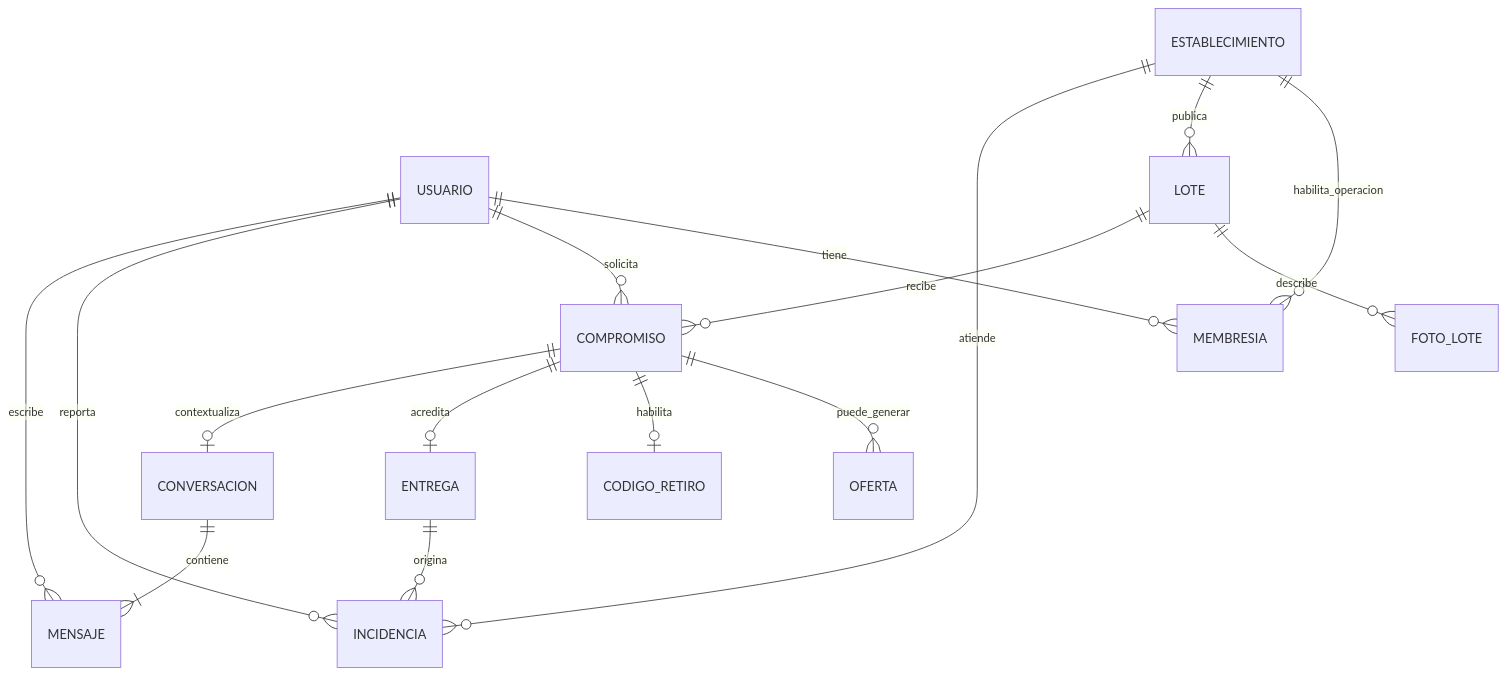
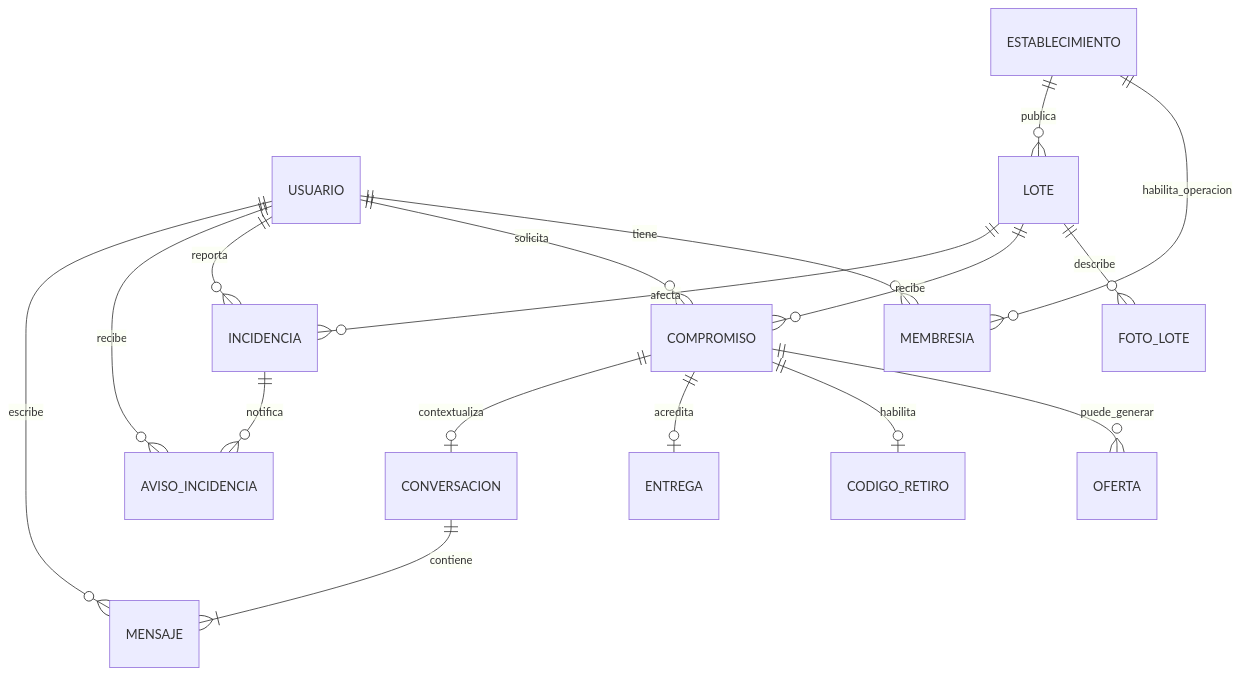
The second of 4 diagrams in docs/modelo-inicial.md (ClemoAcevedo/rescate), drawn with Mermaid before and after one commit. The commit also changed other lines of this file and 3 other files, not shown here.

````diff
--- a/docs/modelo-inicial.md
+++ b/docs/modelo-inicial.md
@@ -210,18 +211,19 @@
 ```mermaid
 erDiagram
   USUARIO ||--o{ MEMBRESIA : tiene
   ESTABLECIMIENTO ||--o{ MEMBRESIA : habilita_operacion
   ESTABLECIMIENTO ||--o{ LOTE : publica
   LOTE ||--o{ FOTO_LOTE : describe
   USUARIO ||--o{ COMPROMISO : solicita
   LOTE ||--o{ COMPROMISO : recibe
   COMPROMISO ||--o{ OFERTA : puede_generar
   COMPROMISO ||--o| CODIGO_RETIRO : habilita
   COMPROMISO ||--o| ENTREGA : acredita
-  ENTREGA ||--o{ INCIDENCIA : origina
+  LOTE ||--o{ INCIDENCIA : afecta
   USUARIO ||--o{ INCIDENCIA : reporta
-  ESTABLECIMIENTO ||--o{ INCIDENCIA : atiende
+  INCIDENCIA ||--o{ AVISO_INCIDENCIA : notifica
+  USUARIO ||--o{ AVISO_INCIDENCIA : recibe
   COMPROMISO ||--o| CONVERSACION : contextualiza
   CONVERSACION ||--|{ MENSAJE : contiene
   USUARIO ||--o{ MENSAJE : escribe
 ```
````
